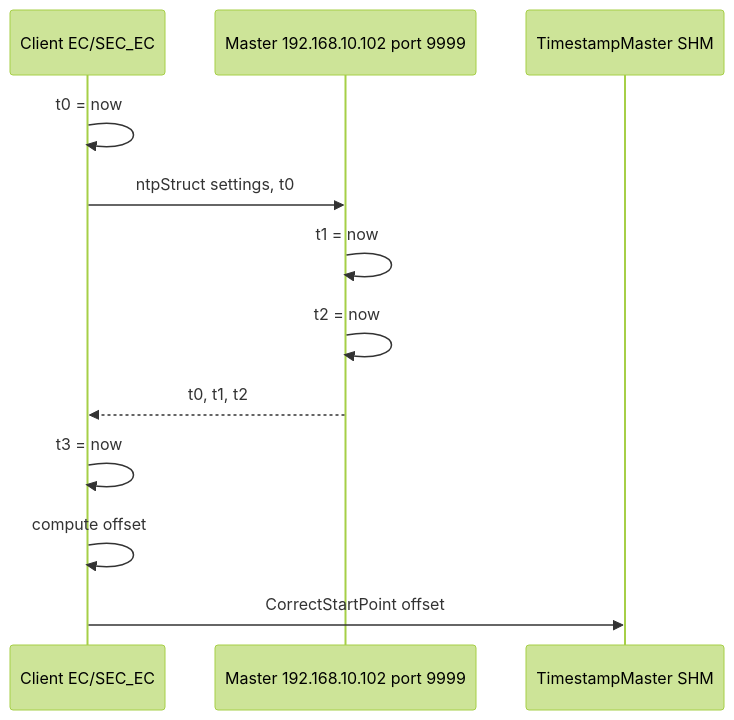
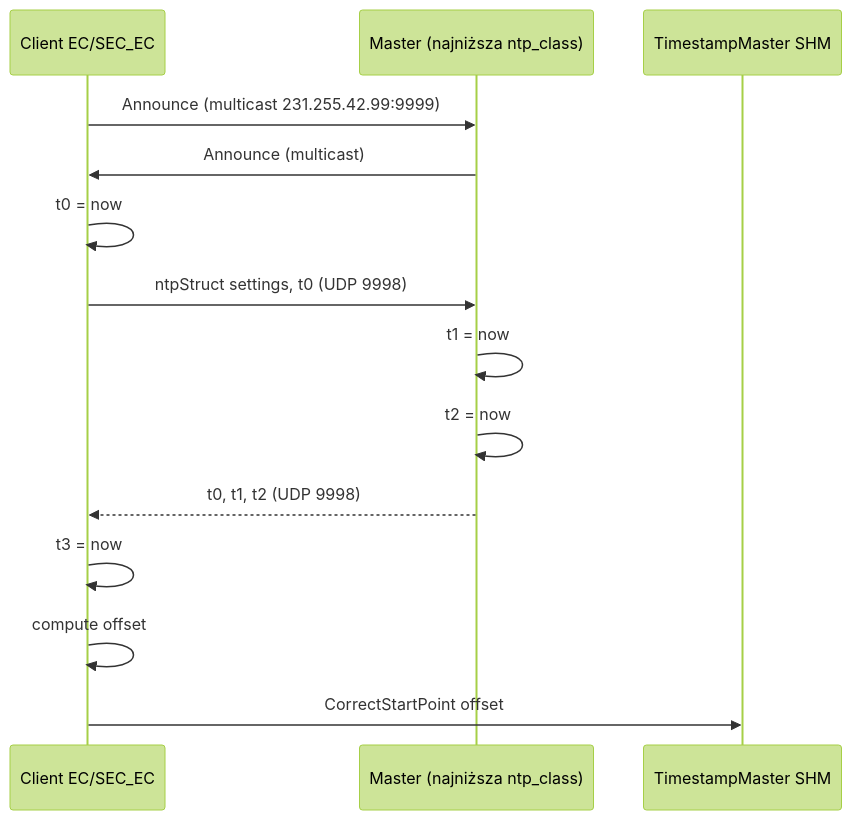
One commit to Simba-Avionic/srp changed the diagram in mw/timestamp_mw/README.md. Above: the diagram before and after it, drawn with Mermaid (forest theme). The commit also changed other lines of this file, not shown here.

````diff
--- a/mw/timestamp_mw/README.md
+++ b/mw/timestamp_mw/README.md
@@ -25,14 +25,16 @@
 ```mermaid
 sequenceDiagram
   participant C as Client EC/SEC_EC
-  participant M as Master 192.168.10.102 port 9999
+  participant M as Master (najniższa ntp_class)
   participant SHM as TimestampMaster SHM
+  C->>M: Announce (multicast 231.255.42.99:9999)
+  M->>C: Announce (multicast)
   C->>C: t0 = now
-  C->>M: ntpStruct settings, t0
+  C->>M: ntpStruct settings, t0 (UDP 9998)
   M->>M: t1 = now
   M->>M: t2 = now
-  M-->>C: t0, t1, t2
+  M-->>C: t0, t1, t2 (UDP 9998)
   C->>C: t3 = now
   C->>C: compute offset
   C->>SHM: CorrectStartPoint offset
 ```
````
